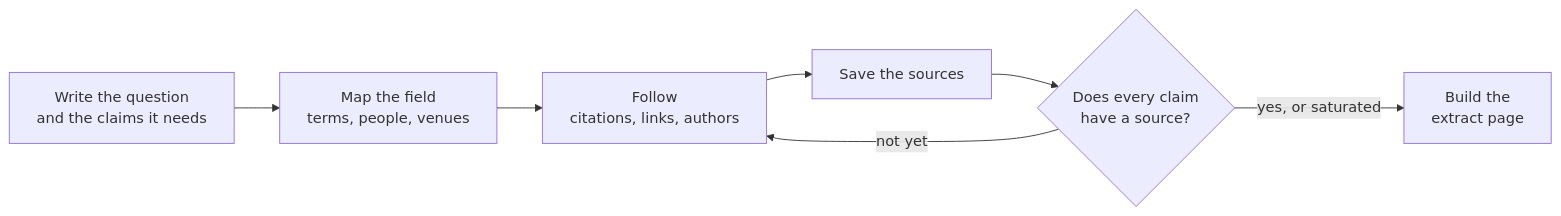
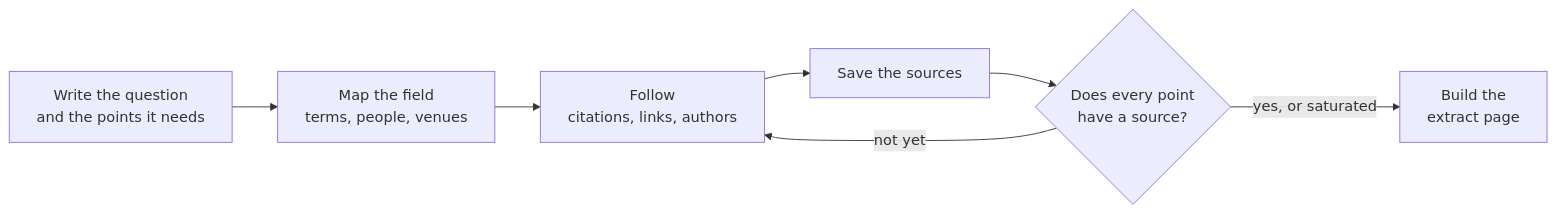
One commit to MaryCache/imozuru changed the diagram in README.en.md. Above: the diagram before and after it, drawn with Mermaid. The commit also changed other lines of this file and 9 other files, not shown here.

````diff
--- a/README.en.md
+++ b/README.en.md
@@ -29,9 +29,9 @@
 ```mermaid
 flowchart LR
-    A[Write the question<br>and the claims it needs] --> B[Map the field<br>terms, people, venues]
+    A[Write the question<br>and the points it needs] --> B[Map the field<br>terms, people, venues]
     B --> C[Follow<br>citations, links, authors]
     C --> D[Save the sources]
-    D --> E{Does every claim<br>have a source?}
+    D --> E{Does every point<br>have a source?}
     E -- not yet --> C
     E -- yes, or saturated --> F[Build the<br>extract page]
 ```
````
